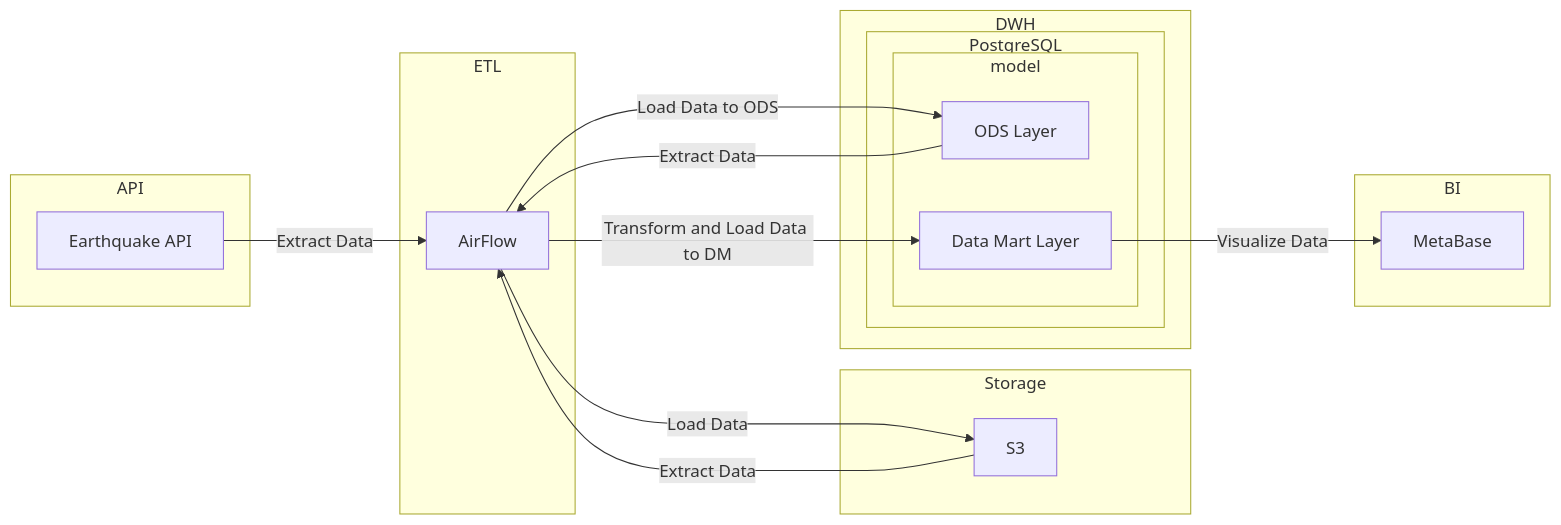
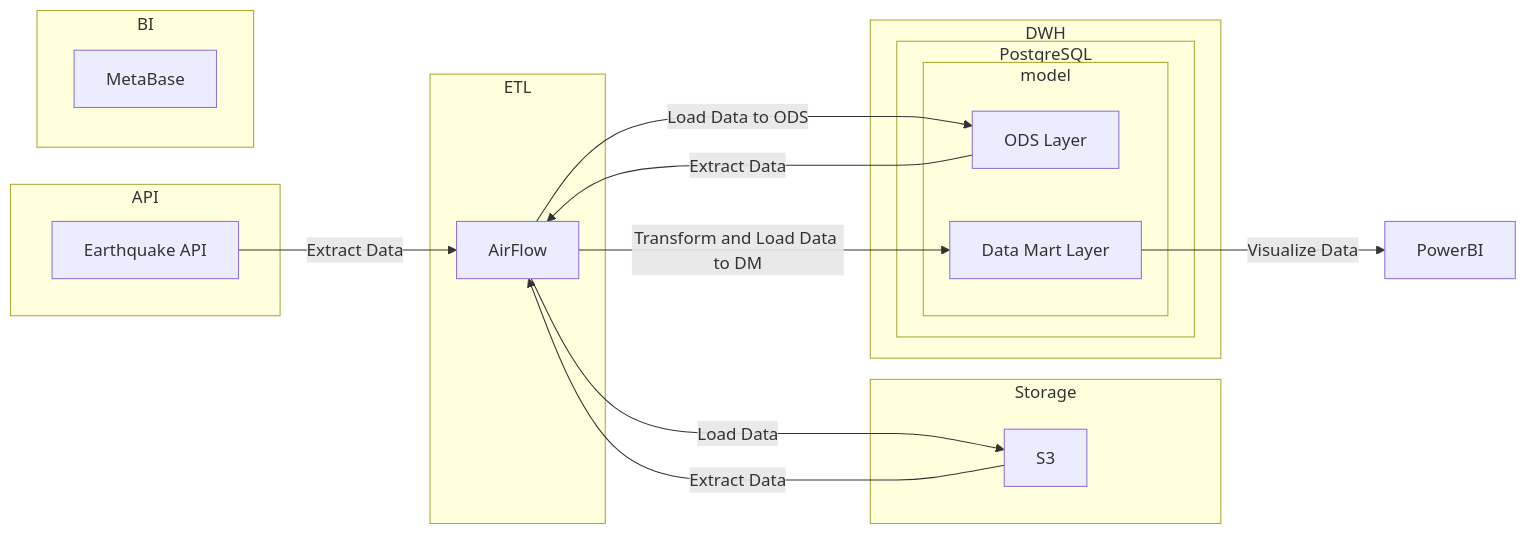
Before and after one commit to urhwez/earthquake: the diagram in README.md, drawn with Mermaid. The commit also changed other lines of this file, not shown here.

````diff
--- a/README.md
+++ b/README.md
@@ -5,35 +6,35 @@
 ```mermaid
 flowchart LR
     subgraph API
         API_E["Earthquake API"]
     end
 
     subgraph ETL
         AirFlow
     end
 
     subgraph Storage
         S3
     end
 
     subgraph DWH
         subgraph PostgreSQL
             subgraph model
                 ods["ODS Layer"]
                 dm["Data Mart Layer"]
             end
         end
     end
 
     subgraph BI
         MetaBase
     end
 
     API_E -->|Extract Data| AirFlow
     AirFlow -->|Load Data| S3
     S3 -->|Extract Data| AirFlow
     AirFlow -->|Load Data to ODS| ods
     ods -->|Extract Data| AirFlow
     AirFlow -->|Transform and Load Data to DM| dm
-    dm -->|Visualize Data| MetaBase
+    dm -->|Visualize Data| PowerBI
 ```
````
